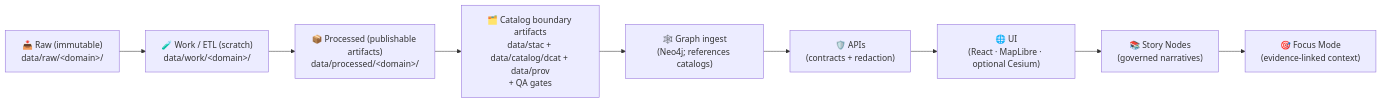
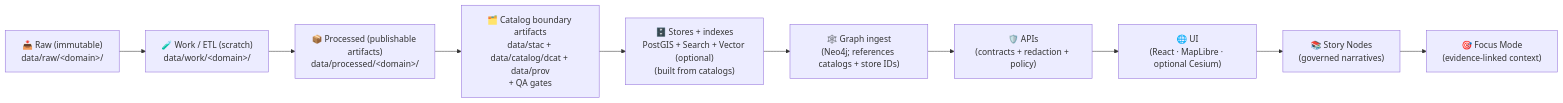
One commit to bartytime4life/Kansas-Frontier-Matrix changed the first of 2 diagrams in tools/README.md. Above: the diagram before and after it, drawn with Mermaid. The commit also changed other lines of this file, not shown here.

````diff
--- a/tools/README.md
+++ b/tools/README.md
@@ -178,11 +189,12 @@
 ```mermaid
 flowchart LR
   A["📥 Raw (immutable)<br/>data/raw/&lt;domain&gt;/"] --> B["🧪 Work / ETL (scratch)<br/>data/work/&lt;domain&gt;/"]
   B --> C["📦 Processed (publishable artifacts)<br/>data/processed/&lt;domain&gt;/"]
   C --> D["🗂️ Catalog boundary artifacts<br/>data/stac + data/catalog/dcat + data/prov<br/>+ QA gates"]
-  D --> E["🕸️ Graph ingest<br/>(Neo4j; references catalogs)"]
-  E --> F["🛡️ APIs<br/>(contracts + redaction)"]
-  F --> G["🌐 UI<br/>(React · MapLibre · optional Cesium)"]
-  G --> H["📚 Story Nodes<br/>(governed narratives)"]
-  H --> I["🎯 Focus Mode<br/>(evidence-linked context)"]
+  D --> E["🗄️ Stores + indexes<br/>PostGIS + Search + Vector (optional)<br/>(built from catalogs)"]
+  E --> F["🕸️ Graph ingest<br/>(Neo4j; references catalogs + store IDs)"]
+  F --> G["🛡️ APIs<br/>(contracts + redaction + policy)"]
+  G --> H["🌐 UI<br/>(React · MapLibre · optional Cesium)"]
+  H --> I["📚 Story Nodes<br/>(governed narratives)"]
+  I --> J["🎯 Focus Mode<br/>(evidence-linked context)"]
 ```
````
